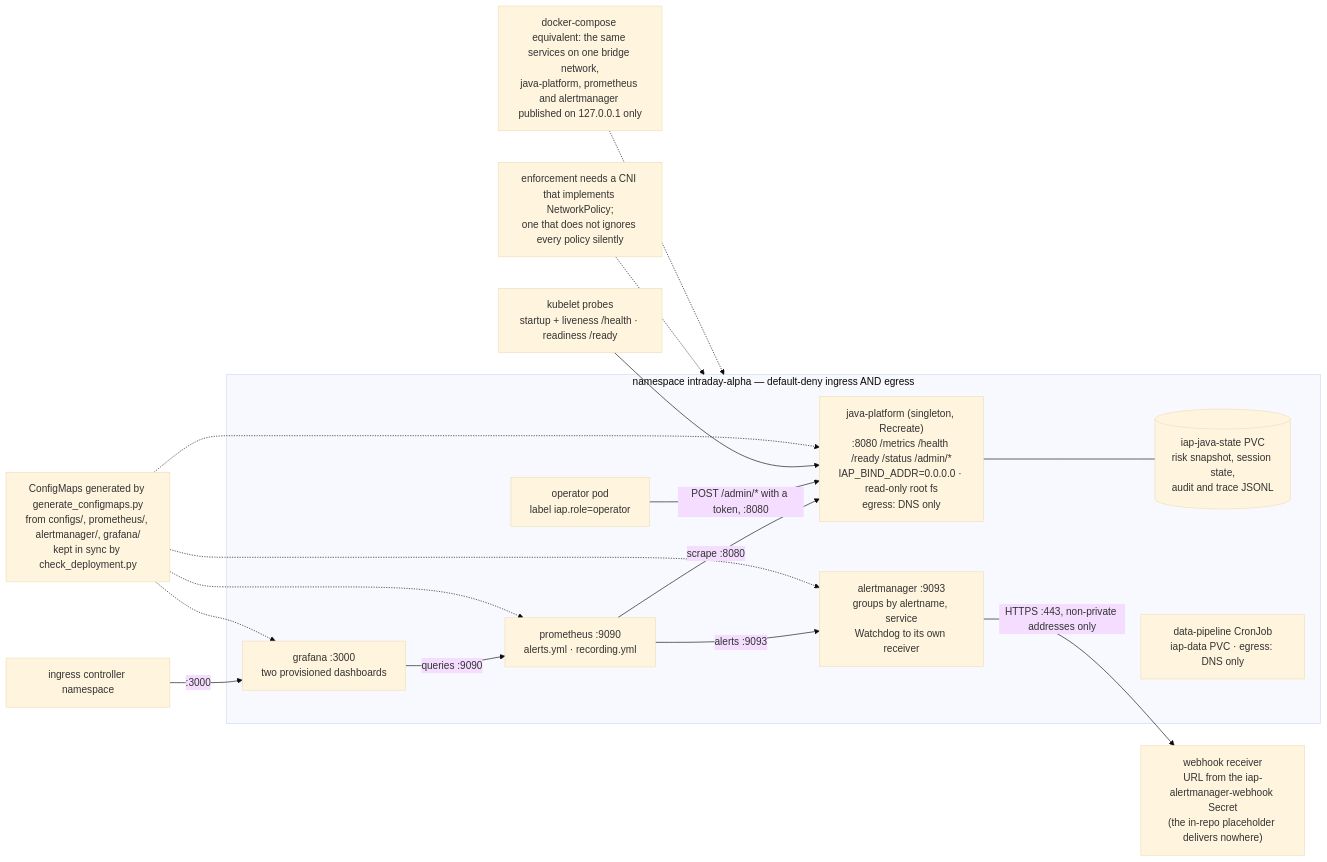
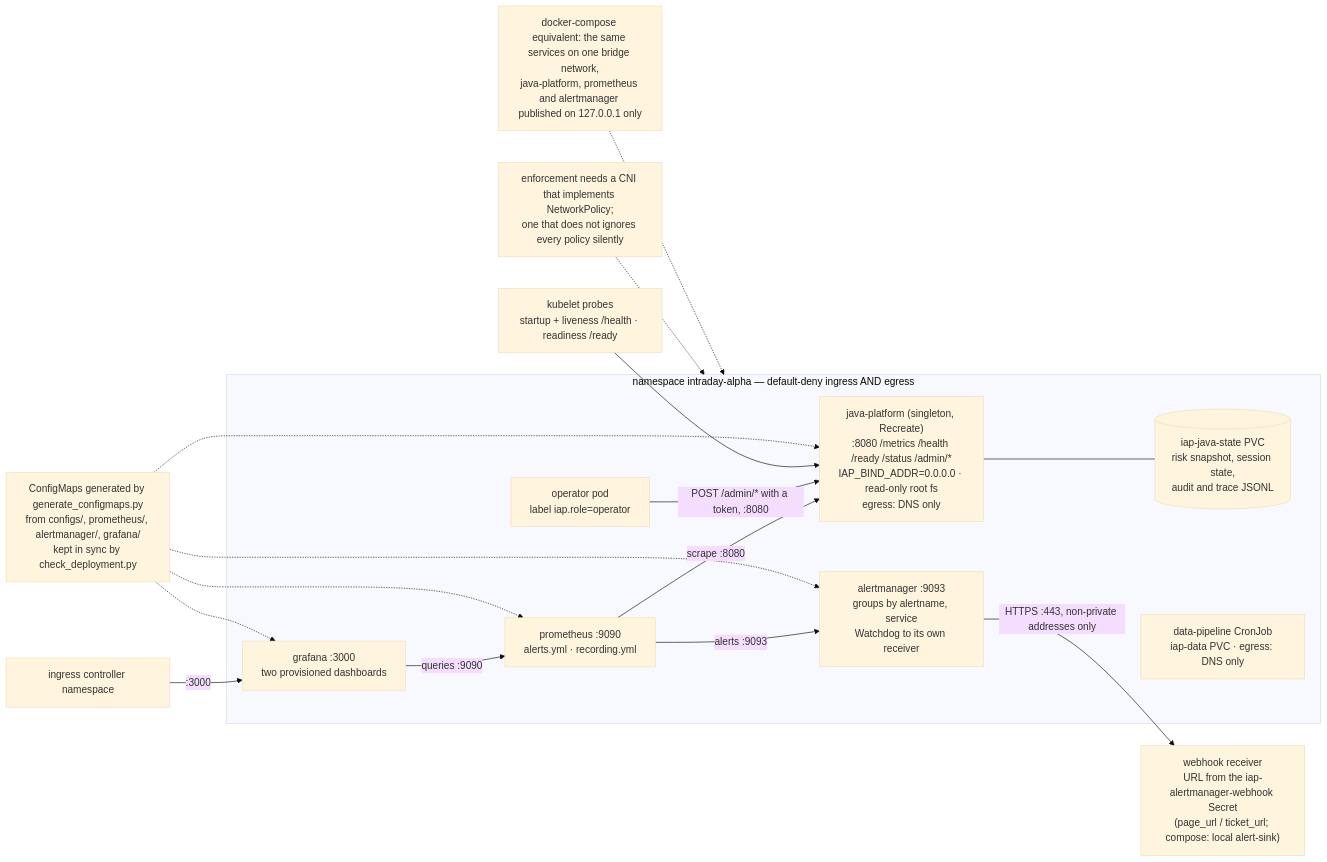
The diagram in docs/diagrams/deployment_topology.mmd (AshJha0/intraday-alpha-platform), drawn with Mermaid (base theme) before and after one commit. The commit also changed 1 other file, not shown here.

```diff
--- a/docs/diagrams/deployment_topology.mmd
+++ b/docs/diagrams/deployment_topology.mmd
@@ -1,25 +1,25 @@
 flowchart LR
     %% deployment/k8s as of v1.3.0: workloads, the flows the NetworkPolicies allow, alert delivery.
     subgraph NS["namespace intraday-alpha — default-deny ingress AND egress"]
         JP["java-platform (singleton, Recreate)<br/>:8080 /metrics /health /ready /status /admin/*<br/>IAP_BIND_ADDR=0.0.0.0 · read-only root fs<br/>egress: DNS only"]
         PVC[("iap-java-state PVC<br/>risk snapshot, session state,<br/>audit and trace JSONL")]
         PROM["prometheus :9090<br/>alerts.yml · recording.yml"]
         AM["alertmanager :9093<br/>groups by alertname, service<br/>Watchdog to its own receiver"]
         GRAF["grafana :3000<br/>two provisioned dashboards"]
         CRON["data-pipeline CronJob<br/>iap-data PVC · egress: DNS only"]
         OPP["operator pod<br/>label iap.role=operator"]
     end
     JP --- PVC
     PROM -->|"scrape :8080"| JP
     PROM -->|"alerts :9093"| AM
     GRAF -->|"queries :9090"| PROM
     OPP -->|"POST /admin/* with a token, :8080"| JP
     ING["ingress controller namespace"] -->|":3000"| GRAF
-    AM -->|"HTTPS :443, non-private addresses only"| WH["webhook receiver<br/>URL from the iap-alertmanager-webhook Secret<br/>(the in-repo placeholder delivers nowhere)"]
+    AM -->|"HTTPS :443, non-private addresses only"| WH["webhook receiver<br/>URL from the iap-alertmanager-webhook Secret<br/>(page_url / ticket_url; compose: local alert-sink)"]
     KUBELET["kubelet probes<br/>startup + liveness /health · readiness /ready"] --> JP
     CM["ConfigMaps generated by generate_configmaps.py<br/>from configs/, prometheus/, alertmanager/, grafana/<br/>kept in sync by check_deployment.py"] -.-> JP
     CM -.-> PROM
     CM -.-> AM
     CM -.-> GRAF
     CNI["enforcement needs a CNI that implements NetworkPolicy;<br/>one that does not ignores every policy silently"] -.-> NS
     COMPOSE["docker-compose equivalent: the same services on one bridge network,<br/>java-platform, prometheus and alertmanager published on 127.0.0.1 only"] -.-> NS
```
